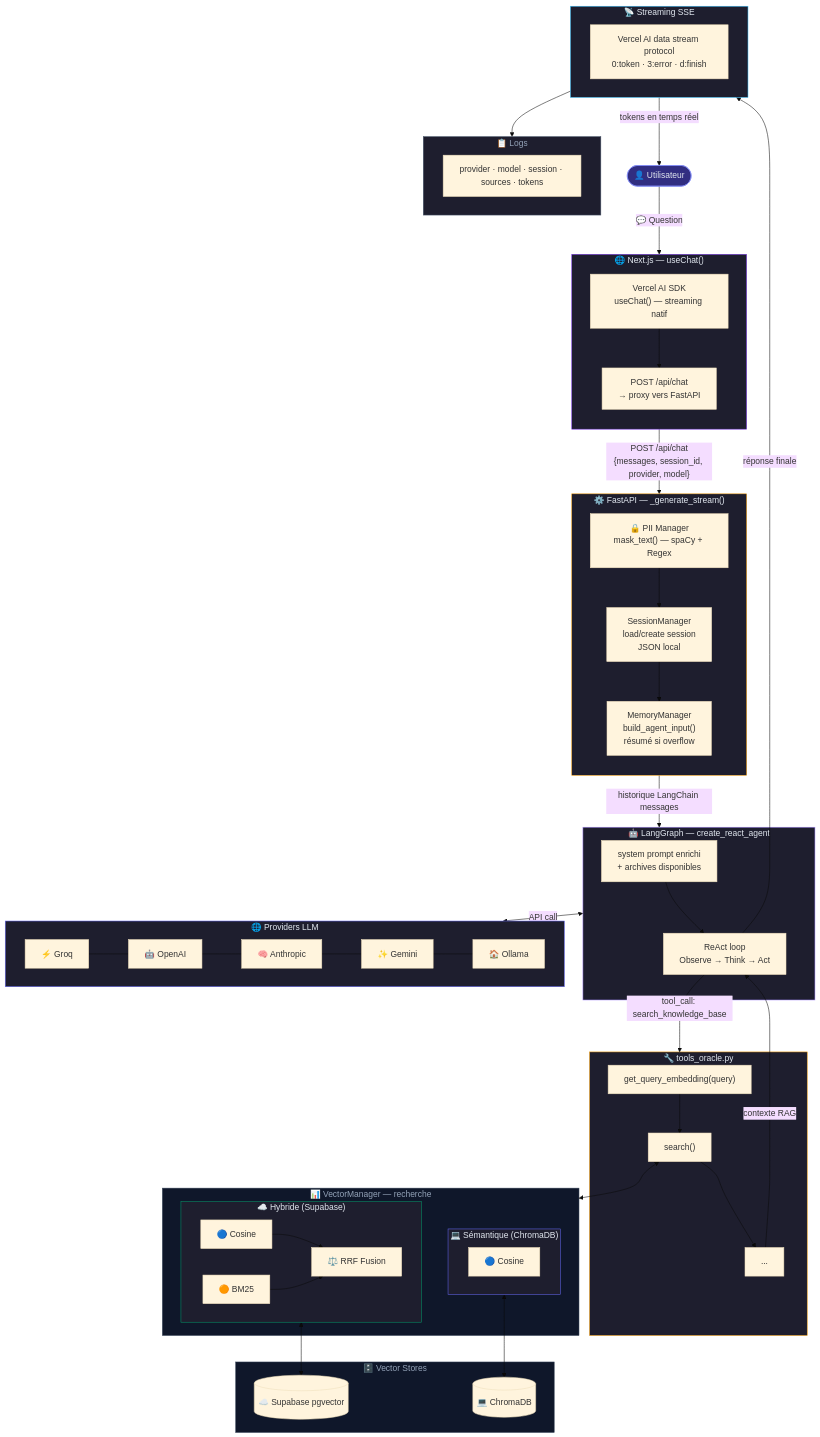
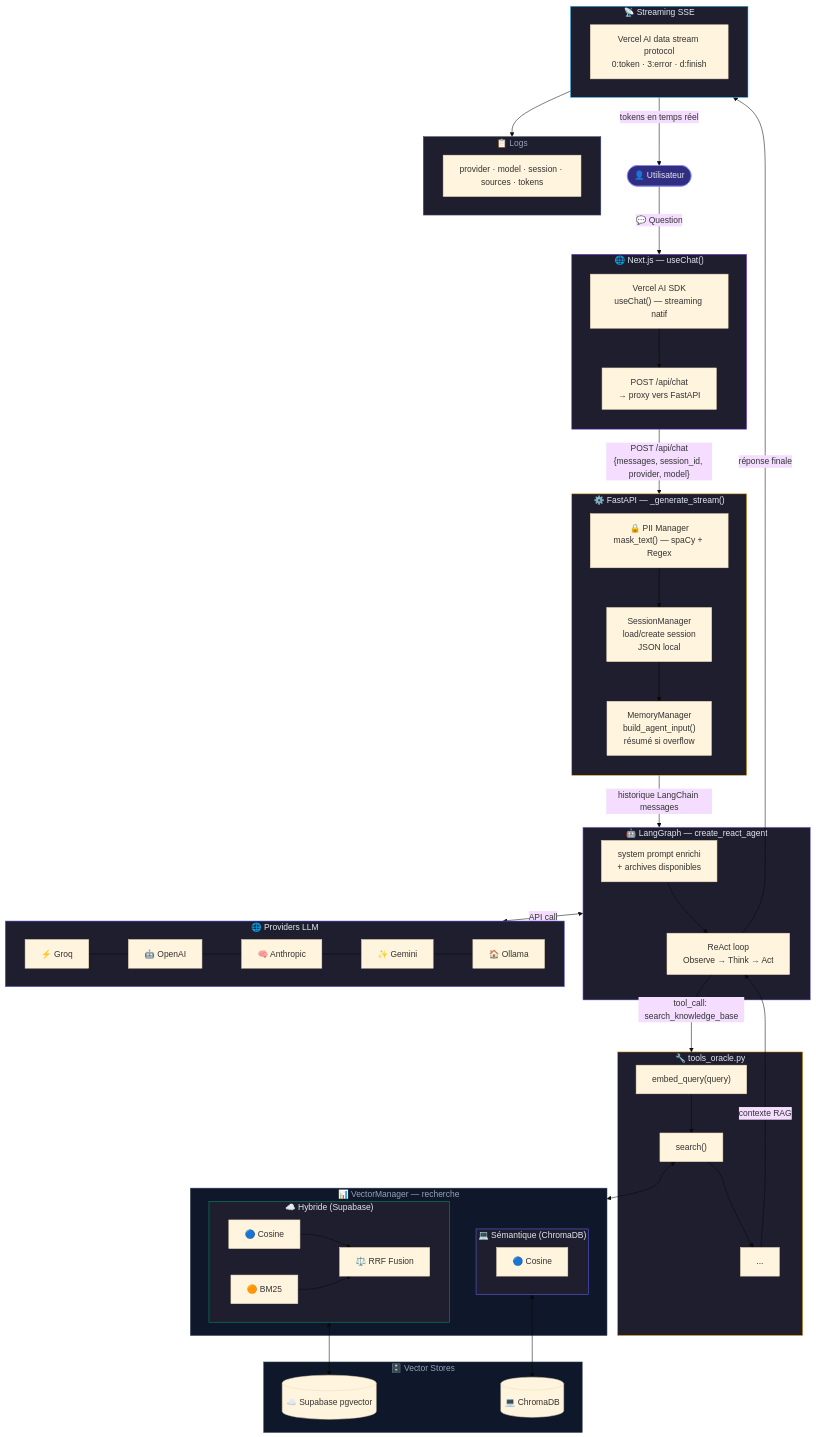
Before and after one commit to dlz-dev/HELMo-ORACLE: the third of 5 diagrams in docs/FR/workflow.md, drawn with Mermaid (base theme). The commit also changed other lines of this file and 6 other files, not shown here.

```diff
--- a/docs/FR/workflow.md
+++ b/docs/FR/workflow.md
@@ -164,7 +164,7 @@
     A2 -->|"tool_call: search_knowledge_base"| TOOL
 
     subgraph TOOL ["🔧 tools_oracle.py"]
-        T1["get_query_embedding(query)"]
+        T1["embed_query(query)"]
         T2["search()"]
         T3["<archives_sacrees>...</archives_sacrees>"]
         T1 --> T2 --> T3
```
